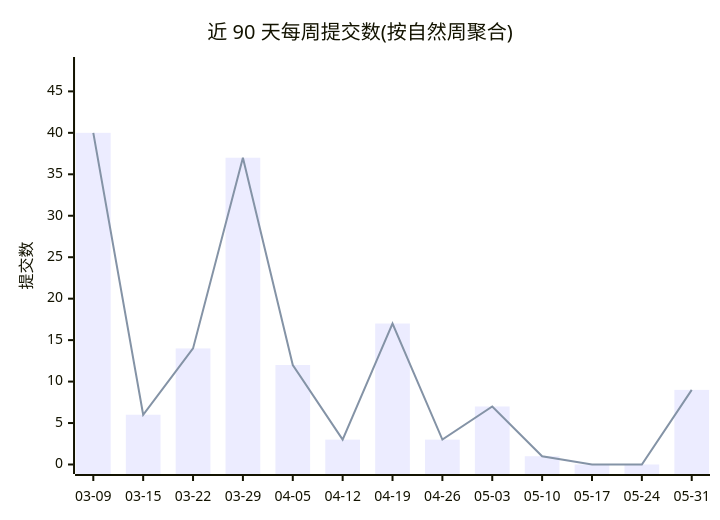
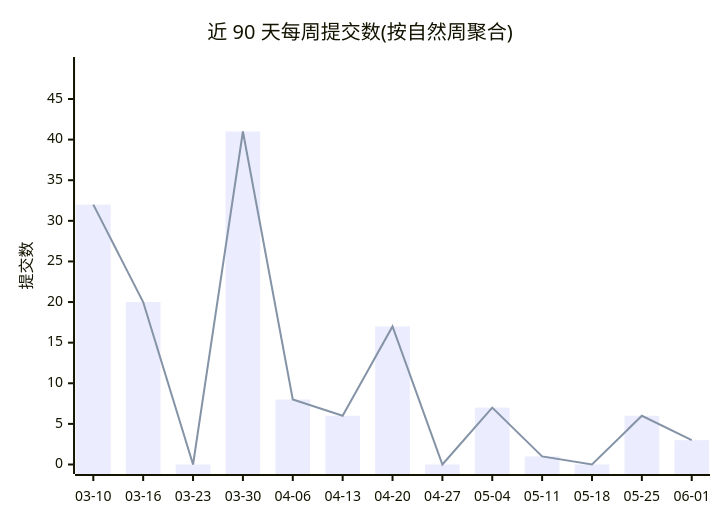
Before and after one commit to Conflux-Union/.github: the first of 2 diagrams in profile/README.md, drawn with Mermaid. The commit also changed other lines of this file and 1 other file, not shown here.

````diff
--- a/profile/README.md
+++ b/profile/README.md
@@ -44,8 +44,8 @@
 ```mermaid
 xychart-beta
     title "近 90 天每周提交数(按自然周聚合)"
-    x-axis ["03-09", "03-15", "03-22", "03-29", "04-05", "04-12", "04-19", "04-26", "05-03", "05-10", "05-17", "05-24", "05-31"]
-    y-axis "提交数" 0 --> 48
-    bar [40, 6, 14, 37, 12, 3, 17, 3, 7, 1, 0, 0, 9]
-    line [40, 6, 14, 37, 12, 3, 17, 3, 7, 1, 0, 0, 9]
+    x-axis ["03-10", "03-16", "03-23", "03-30", "04-06", "04-13", "04-20", "04-27", "05-04", "05-11", "05-18", "05-25", "06-01"]
+    y-axis "提交数" 0 --> 49
+    bar [32, 20, 0, 41, 8, 6, 17, 0, 7, 1, 0, 6, 3]
+    line [32, 20, 0, 41, 8, 6, 17, 0, 7, 1, 0, 6, 3]
 ```
````
